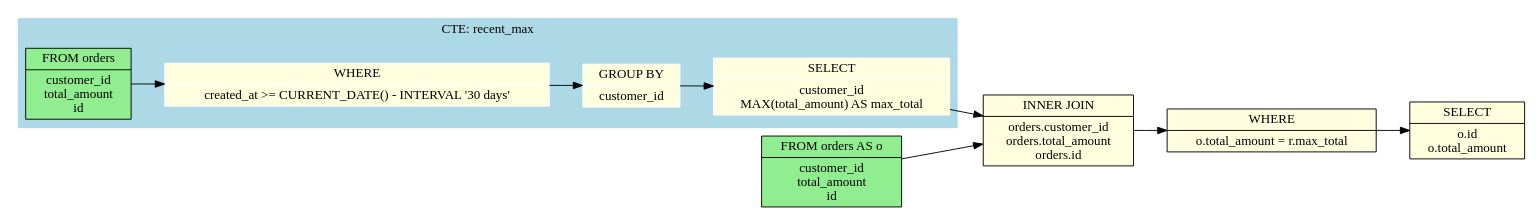
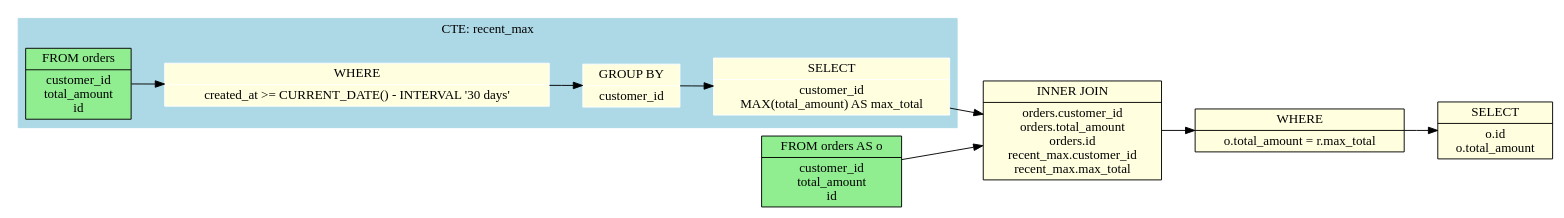
One commit to rot1024/sqloflow changed the diagram in examples/cte_with_join.dot. Above: the diagram before and after it, drawn with Graphviz. The commit also changed 21 other files, not shown here.

Commit message:
feat: improve mermaid renderer

```diff
--- a/examples/cte_with_join.dot
+++ b/examples/cte_with_join.dot
@@ -1,35 +1,35 @@
 digraph schema_flow {
   rankdir=LR;
   node [shape=record];
 
   // Source tables
   node_0 [label="FROM orders|customer_id\ntotal_amount\nid", style=filled, fillcolor=lightgreen];
   node_5 [label="FROM orders AS o|customer_id\ntotal_amount\nid", style=filled, fillcolor=lightgreen];
 
   // Operations
 
   subgraph cluster_node_4 {
     label="CTE: recent_max";
     style=filled;
     color=lightblue;
     node [style=filled,color=white];
     node_3 [label="SELECT|customer_id\nMAX(total_amount) AS max_total", style=filled, fillcolor=lightyellow];
     node_2 [label="GROUP BY|customer_id", style=filled, fillcolor=lightyellow];
     node_1 [label="WHERE|created_at \>= CURRENT_DATE() - INTERVAL '30 days'", style=filled, fillcolor=lightyellow];
     node_0 [label="FROM orders|customer_id\ntotal_amount\nid", style=filled, fillcolor=lightgreen];
     node_0 -> node_1;
     node_1 -> node_2;
     node_2 -> node_3;
   }
   node_7 [label="WHERE|o.total_amount = r.max_total", style=filled, fillcolor=lightyellow];
   node_8 [label="SELECT|o.id\no.total_amount", style=filled, fillcolor=lightyellow];
 
   // Data flow edges
 
   // JOIN operations with table info
-  node_6 [label="INNER JOIN|orders.customer_id\norders.total_amount\norders.id", style=filled, fillcolor=lightyellow];
+  node_6 [label="INNER JOIN|orders.customer_id\norders.total_amount\norders.id\nrecent_max.customer_id\nrecent_max.max_total", style=filled, fillcolor=lightyellow];
   node_5 -> node_6;
   node_3 -> node_6;
   node_6 -> node_7;
   node_7 -> node_8;
 }
```
